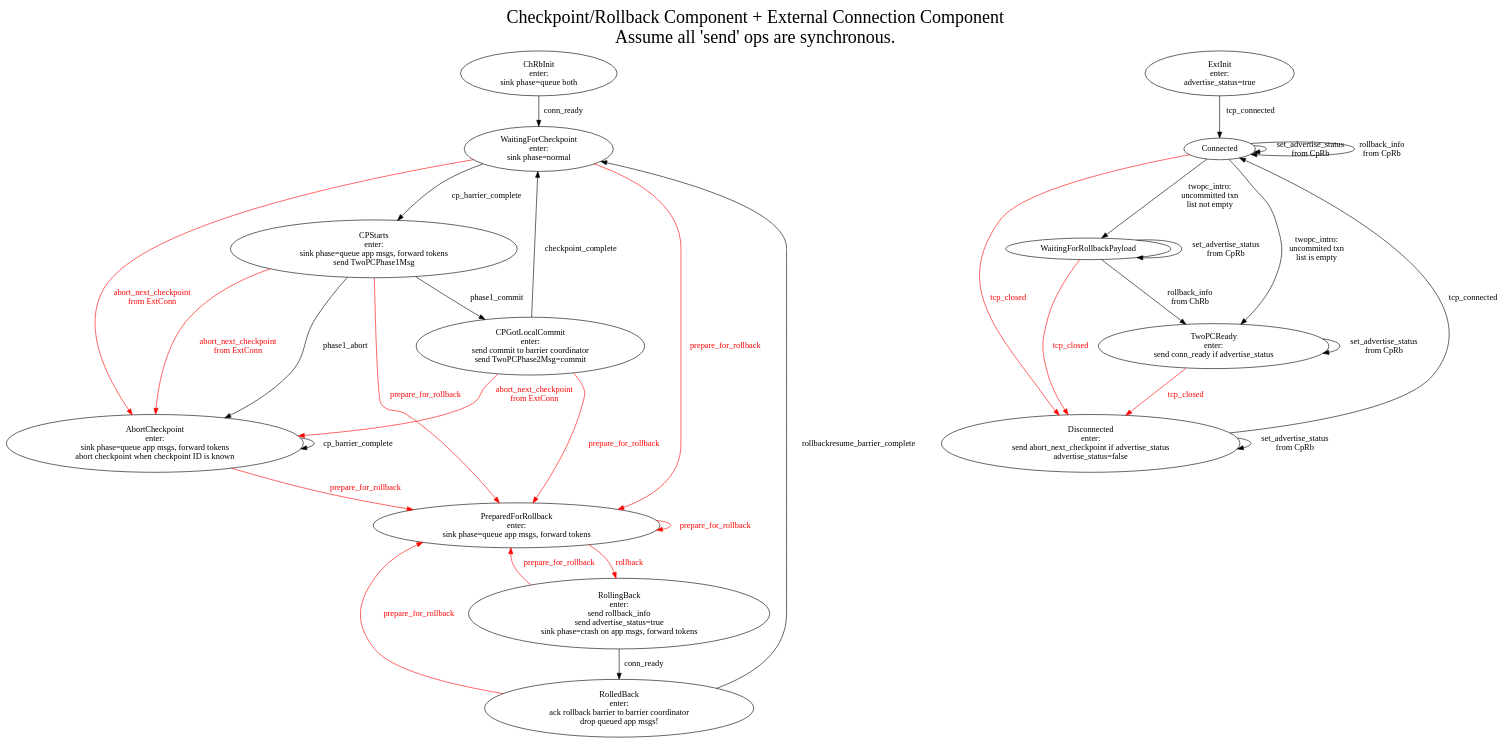
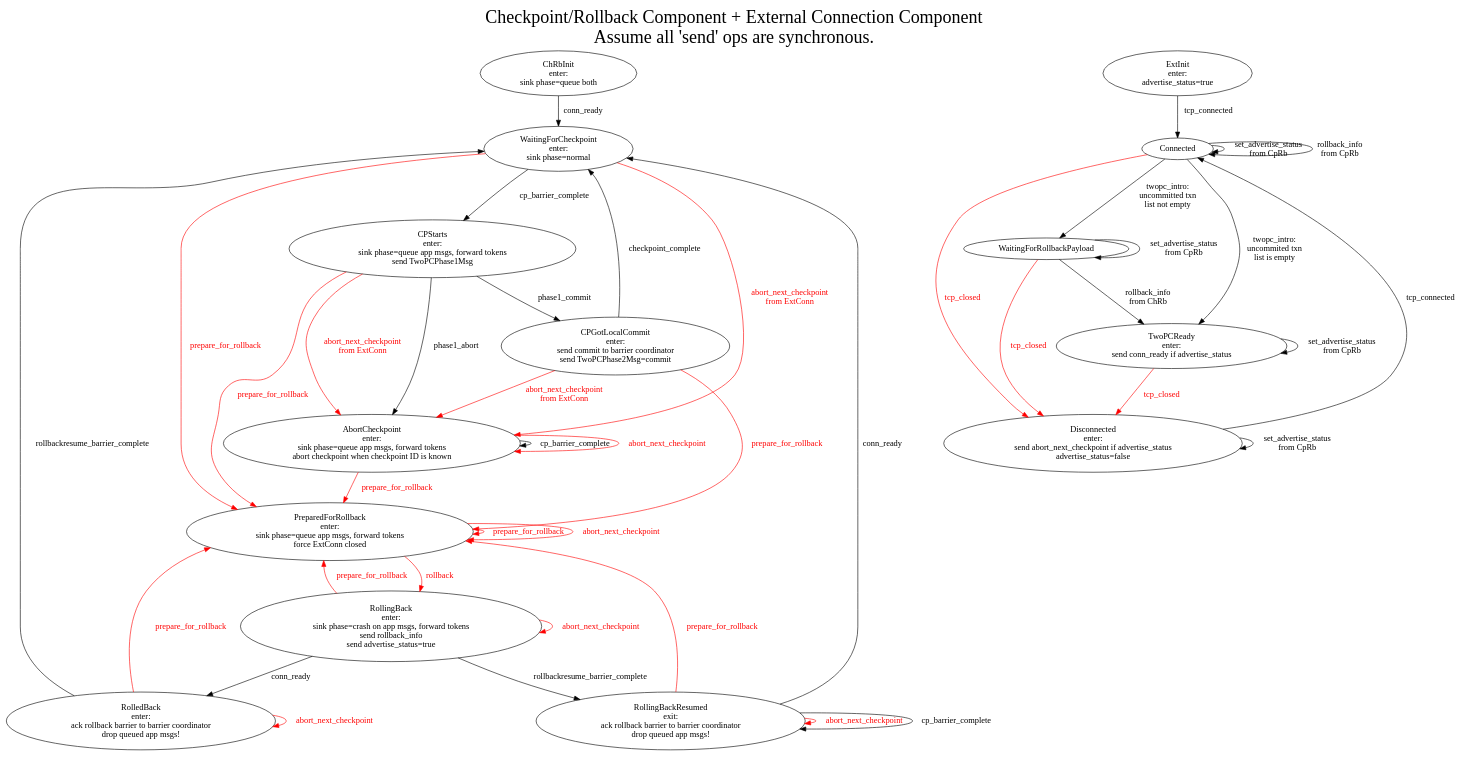
One commit to WallarooLabs/wally changed the diagram in lib/wallaroo/core/sink/connector_sink/connector-sink-2pc-management.dot. Above: the diagram before and after it, drawn with Graphviz. The commit also changed 2 other files, not shown here.

Commit message:
WIP: Progress!  But we can deadlock at EC=WaitingForRollbackPayload and CpRb=RolledBackResumed. {sigh}

```diff
--- a/lib/wallaroo/core/sink/connector_sink/connector-sink-2pc-management.dot
+++ b/lib/wallaroo/core/sink/connector_sink/connector-sink-2pc-management.dot
@@ -1,83 +1,94 @@
 digraph mashup {
     graph [label="Checkpoint/Rollback Component + External Connection Component\nAssume all 'send' ops are synchronous.",labelloc=t,fontsize=30];
 
     ## BEGIN LEFT
     subgraph checkpoint_rollback_component {
 	graph [label="SUB Checkpoint/Rollback Component",labelloc=t,fontsize=20];
 
 	// Subgraphs
 	subgraph init {
             ChRbInit [label="ChRbInit\nenter:\nsink phase=queue both"];
 	}
 	subgraph cp {
             WaitingForCheckpoint [label="WaitingForCheckpoint\nenter:\nsink phase=normal"];
             AbortCheckpoint [label="AbortCheckpoint\nenter:\nsink phase=queue app msgs, forward tokens\nabort checkpoint when checkpoint ID is known"];
 	}
 	subgraph sacp {
             CPStarts [label="CPStarts\nenter:\nsink phase=queue app msgs, forward tokens\nsend TwoPCPhase1Msg"];
             CPGotLocalCommit [label="CPGotLocalCommit\nenter:\nsend commit to barrier coordinator\nsend TwoPCPhase2Msg=commit"];
             // CPGotGlobalVote; // Can we remove this node?
 
             CPStarts -> CPGotLocalCommit [label="phase1_commit"];
             CPStarts -> AbortCheckpoint [label="phase1_abort"];
             CPGotLocalCommit -> WaitingForCheckpoint [label="checkpoint_complete"];
 	}
 	subgraph rollback {
-            PreparedForRollback [label="PreparedForRollback\nenter:\nsink phase=queue app msgs, forward tokens"];
-            RollingBack [label="RollingBack\nenter:\nsend rollback_info\nsend advertise_status=true\nsink phase=crash on app msgs, forward tokens"];
+            PreparedForRollback [label="PreparedForRollback\nenter:\nsink phase=queue app msgs, forward tokens\nforce ExtConn closed"];
+            RollingBack [label="RollingBack\nenter:\nsink phase=crash on app msgs, forward tokens\nsend rollback_info\nsend advertise_status=true"];
             RolledBack [label="RolledBack\nenter:\nack rollback barrier to barrier coordinator\ndrop queued app msgs!"];
+            RollingBackResumed [label="RollingBackResumed\nexit:\nack rollback barrier to barrier coordinator\ndrop queued app msgs!"];
 
             PreparedForRollback -> PreparedForRollback [label="prepare_for_rollback",fontcolor=red,color=red];
+			PreparedForRollback -> PreparedForRollback [label="abort_next_checkpoint",fontcolor=red,color=red];
             PreparedForRollback -> RollingBack [label="rollback",fontcolor=red,color=red];
 	}
 
 	// Other Edges
 	ChRbInit -> WaitingForCheckpoint [label="conn_ready"];
 
 	WaitingForCheckpoint -> CPStarts [label="cp_barrier_complete"];
 	AbortCheckpoint -> AbortCheckpoint [label="cp_barrier_complete"];
+	AbortCheckpoint -> AbortCheckpoint [label="abort_next_checkpoint",fontcolor=red,color=red];
 
 	WaitingForCheckpoint -> PreparedForRollback [label="prepare_for_rollback",fontcolor=red,color=red];
 	AbortCheckpoint -> PreparedForRollback [label="prepare_for_rollback",fontcolor=red,color=red];
 	CPStarts -> PreparedForRollback [label="prepare_for_rollback",fontcolor=red,color=red];
 	CPGotLocalCommit -> PreparedForRollback [label="prepare_for_rollback",fontcolor=red,color=red];
 
 	WaitingForCheckpoint -> AbortCheckpoint [label="abort_next_checkpoint\nfrom ExtConn",fontcolor=red,color=red];
 	CPStarts -> AbortCheckpoint [label="abort_next_checkpoint\nfrom ExtConn",fontcolor=red,color=red];
 	CPGotLocalCommit -> AbortCheckpoint [label="abort_next_checkpoint\nfrom ExtConn",fontcolor=red,color=red];
 
+	RollingBack -> RollingBack [label="abort_next_checkpoint",fontcolor=red,color=red];
 	RollingBack -> RolledBack [label="conn_ready"];
+	RollingBack -> RollingBackResumed [label="rollbackresume_barrier_complete"];
 	RollingBack -> PreparedForRollback [label="prepare_for_rollback",fontcolor=red,color=red];
 
+	RolledBack -> RolledBack [label="abort_next_checkpoint",fontcolor=red,color=red];
 	RolledBack -> WaitingForCheckpoint [label="rollbackresume_barrier_complete"];
 	RolledBack -> PreparedForRollback [label="prepare_for_rollback",fontcolor=red,color=red];
+
+	RollingBackResumed -> RollingBackResumed [label="abort_next_checkpoint",fontcolor=red,color=red];
+	RollingBackResumed -> WaitingForCheckpoint [label="conn_ready"];
+	RollingBackResumed -> PreparedForRollback [label="prepare_for_rollback",fontcolor=red,color=red];
+	RollingBackResumed -> RollingBackResumed [label="cp_barrier_complete"];
     }
     ## END LEFT
 
     ## BEGIN RIGHT
     subgraph external_connection_component {
         graph [label="External Connection Component",labelloc=t,fontsize=30];
 
         ExtInit [label="ExtInit\nenter:\nadvertise_status=true"];
         ExtInit -> Connected [label="tcp_connected"];
         Connected -> Disconnected [label="tcp_closed",fontcolor=red,color=red];
         Connected -> Connected [label="set_advertise_status\nfrom CpRb"];
         Connected -> Connected [label="rollback_info\nfrom CpRb"];
         Disconnected [label="Disconnected\nenter:\nsend abort_next_checkpoint if advertise_status\nadvertise_status=false"];
         Disconnected -> Connected [label="tcp_connected"];
         Disconnected -> Disconnected [label="set_advertise_status\nfrom CpRb"];
         Connected -> WaitingForRollbackPayload [label="twopc_intro:\nuncommitted txn\nlist not empty"];
         Connected -> TwoPCReady [label="twopc_intro:\nuncommited txn\nlist is empty"];
         WaitingForRollbackPayload -> TwoPCReady [label="rollback_info\nfrom ChRb"];
         WaitingForRollbackPayload -> WaitingForRollbackPayload [label="set_advertise_status\nfrom CpRb"];
         WaitingForRollbackPayload -> Disconnected [label="tcp_closed",fontcolor=red,color=red];
 
         TwoPCReady [label="TwoPCReady\nenter:\nsend conn_ready if advertise_status"]
         TwoPCReady -> Disconnected [label="tcp_closed",fontcolor=red,color=red];
         TwoPCReady -> TwoPCReady [label="set_advertise_status\nfrom CpRb"]
     }
     # END RIGHT
 
     {rank=same; ChRbInit; ExtInit; };
     ## {rank=same; Disconnected; RollingBack; ; };
 }
```
